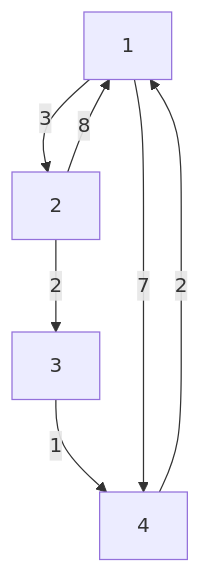
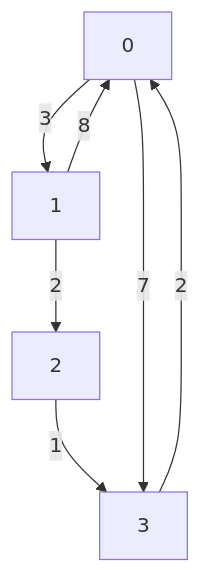
Before and after one commit to boushphong/dsa: the diagram in 2. Algorithms/Floyd-Warshall.md, drawn with Mermaid. The commit also changed other lines of this file, not shown here.

````diff
--- a/2. Algorithms/Floyd-Warshall.md
+++ b/2. Algorithms/Floyd-Warshall.md
@@ -8,9 +8,9 @@
 ```mermaid
 graph TD;
-    1 -->|3| 2;
-    2 -->|2| 3;
-    3 -->|1| 4;
-    4 -->|2| 1;
-    1 -->|7| 4;
-    2 -->|8| 1;
+    0 -->|3| 1;
+    1 -->|2| 2;
+    2 -->|1| 3;
+    3 -->|2| 0;
+    0 -->|7| 3;
+    1 -->|8| 0;
 ```
````
